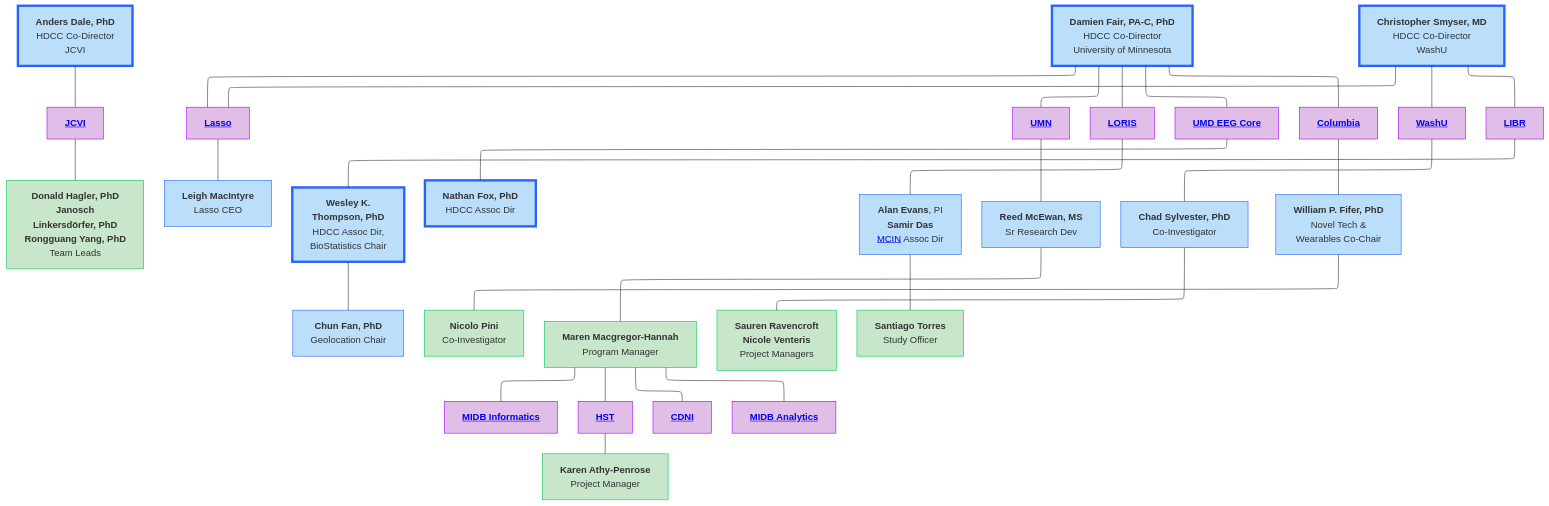
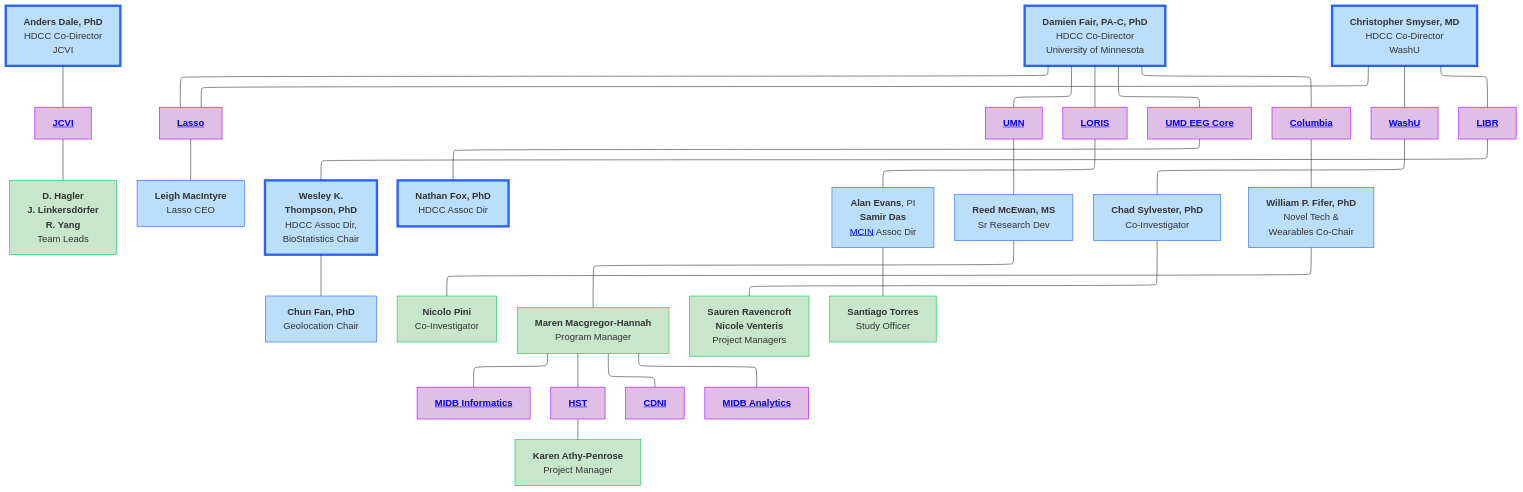
The diagram in docs/orgcharts-alt.md (DCAN-Labs/hbcd-docs-internal), drawn with Mermaid before and after one commit.

Commit message:
make jcvi leads more brief

````diff
--- a/docs/orgcharts-alt.md
+++ b/docs/orgcharts-alt.md
@@ -3,69 +3,69 @@
 ```mermaid
 ---
 config:
   layout: elk
 ---
 flowchart TB
     n2["<b>Anders Dale, PhD<br></b>HDCC Co-Director<br>JCVI"] --- jcvi["<a href="#j-craig-venter-institute" target="_top"><b>JCVI</b></a>"]
-    jcvi --- jcvileads["<b>Donald Hagler, PhD<br>Janosch<br>Linkersdörfer, PhD<br>Rongguang Yang, PhD</b><br>Team Leads"]
+    jcvi --- jcvileads["<b>D. Hagler<br>J. Linkersdörfer<br>R. Yang</b><br>Team Leads"]
     E["<b>Damien Fair, PA-C, PhD</b><br>HDCC Co-Director<br>University of Minnesota"] --- lasso["<a href="#lasso" target="_top"><b>Lasso</b></a>"] & umn["<a href="#university-of-minnesota" target="_top"><b>UMN</b></a>"] & n7["<a href="#loris" target="_top"><b>LORIS</b></a>"] & n8["<a href="#university-of-maryland" target="_top"><b>UMD EEG Core</b></a>"] & n11["<a href="#columbia-university" target="_top"><b>Columbia</b></a>"]
     lasso --- lasso1["<b>Leigh MacIntyre</b><br>Lasso CEO"]
     n1["<b>Christopher Smyser, MD<br></b>HDCC Co-Director<br>WashU"] --- n10["<a href="#washu" target="_top"><b>WashU</b></a>"] & n12["<a href="#libr" target="_top"><b>LIBR</b></a>"] & lasso
     n16["<b>Wesley K.<br>Thompson, PhD</b><br>HDCC Assoc Dir,<br>BioStatistics Chair"] --- n17["<b>Chun Fan, PhD</b><br>Geolocation Chair"]
     n12 --- n16
     n8 --- n19["<b>Nathan Fox, PhD<br></b>HDCC Assoc Dir"]
     n7 --- n20["<b>Alan Evans</b>, PI<br><b>Samir Das</b><br><a href="https://mcin.ca/about-mcin/" target="_blank">MCIN</a> Assoc Dir"]
     umn --- reed["<b>Reed McEwan, MS</b><br>Sr Research Dev"]
     n10 --- n22["<b>Chad Sylvester, PhD</b><br>Co-Investigator"]
     n11 --- n18["<b>William P. Fifer, PhD</b><br>Novel Tech &<br>Wearables Co-Chair"]
     n18 --- n34["<b>Nicolo Pini</b><br>Co-Investigator"]
     reed --- n30["<b>Maren Macgregor-Hannah</b><br>Program Manager"]
     n30 --- n25["<a href="#midb-informatics-hub-msi" target="_top"><b>MIDB Informatics</b></a>"]
     n30 --- n27["<a href="#health-sciences-technology" target="_top"><b>HST</b></a>"]
     n30 --- n28["<a href="#center-for-developmental-neuroimaging" target="_top"><b>CDNI</b></a>"]
     n30 --- n29["<a href="#midb-analytics-hub" target="_top"><b>MIDB Analytics</b></a>"]
     n27 --- n31["<b>Karen Athy-Penrose</b><br>Project Manager"]
     n22 --- n32["<b>Sauren Ravencroft<br>Nicole Venteris</b><br>Project Managers"]
     n20 --- n33["<b>Santiago Torres</b><br>Study Officer"]
     style n2 fill:#BBDEFB,stroke:#2962FF,stroke-width:4px
     style jcvi fill:#E1BEE7,stroke:#AA00FF
     style E fill:#BBDEFB,stroke:#2962FF,stroke-width:4px
     style lasso fill:#E1BEE7,stroke:#AA00FF
     style umn fill:#E1BEE7,stroke:#AA00FF
     style n7 fill:#E1BEE7,stroke:#AA00FF
     style n8 fill:#E1BEE7,stroke:#AA00FF
     style n11 fill:#E1BEE7,stroke:#AA00FF
     style lasso1 fill:#BBDEFB,stroke:#2962FF
     style n1 fill:#BBDEFB,stroke:#2962FF,stroke-width:4px
     style n10 fill:#E1BEE7,stroke:#AA00FF
     style n12 fill:#E1BEE7,stroke:#AA00FF
     style n16 fill:#BBDEFB,stroke:#2962FF,stroke-width:4px
     style n17 fill:#BBDEFB,stroke:#2962FF
     style n19 fill:#BBDEFB,stroke:#2962FF,stroke-width:4px
     style n20 fill:#BBDEFB,stroke:#2962FF
     style reed fill:#BBDEFB,stroke:#2962FF
     style n22 fill:#BBDEFB,stroke:#2962FF
     style n18 fill:#BBDEFB,stroke:#2962FF
     style n25 fill:#E1BEE7,stroke:#AA00FF
     style n27 fill:#E1BEE7,stroke:#AA00FF
     style n28 fill:#E1BEE7,stroke:#AA00FF
     style n29 fill:#E1BEE7,stroke:#AA00FF
     style n30 fill:#C8E6C9,stroke:#00C853
     style n31 fill:#C8E6C9,stroke:#00C853
     style n32 fill:#C8E6C9,stroke:#00C853
     style n33 fill:#C8E6C9,stroke:#00C853
     style n34 fill:#C8E6C9,stroke:#00C853
     style jcvileads fill:#C8E6C9,stroke:#00C853
     click jcvi "#j-craig-venter-institute"
     click lasso "#lasso"
     click umn "#university-of-minnesota"
     click n7 "#loris"
     click n8 "#university-of-maryland"
     click n10 "#washu"
     click n25 "#midb-informatics-hub-msi"
     click n29 "#midb-analytics-hub"
     click n27 "#health-sciences-technology"
     click n28 "#center-for-developmental-neuroimaging"
     click n12 "#libr"
     click n11 "#columbia-university"
 ```
````
